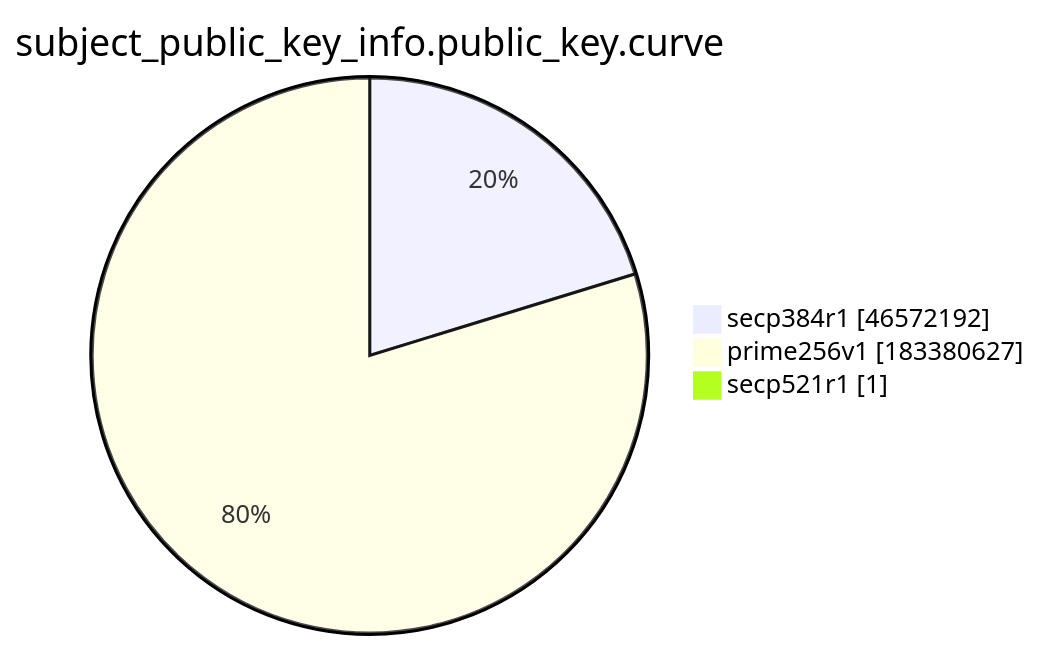
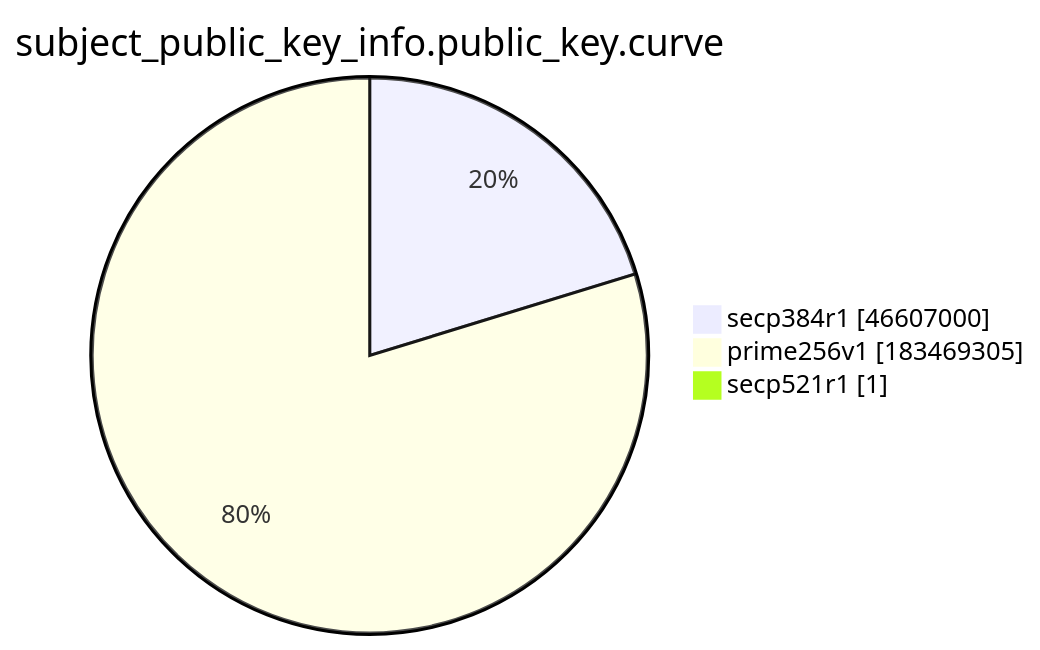
One commit to christiankrug/ctmonitor_visualization changed the ninth of 15 diagrams in xenon2022/README.md. Above: the diagram before and after it, drawn with Mermaid. The commit also changed other lines of this file, not shown here.

````diff
--- a/xenon2022/README.md
+++ b/xenon2022/README.md
@@ -2874,7 +2874,7 @@
 ```mermaid
 pie showData
 title subject_public_key_info.public_key.curve
-"secp384r1" :46572192
-"prime256v1" :183380627
+"secp384r1" :46607000
+"prime256v1" :183469305
 "secp521r1" :1
 ```
````
